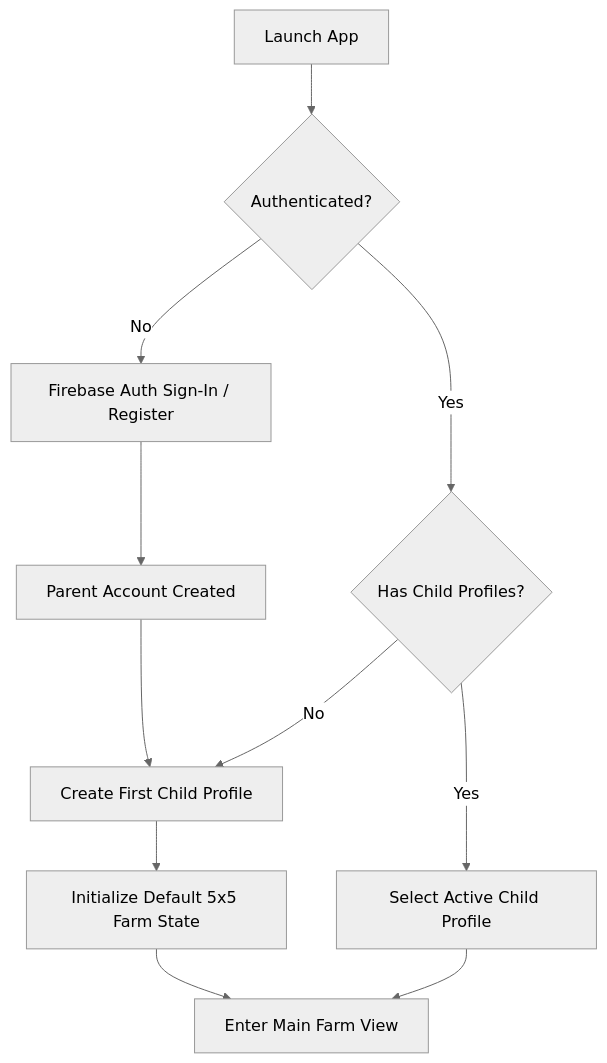
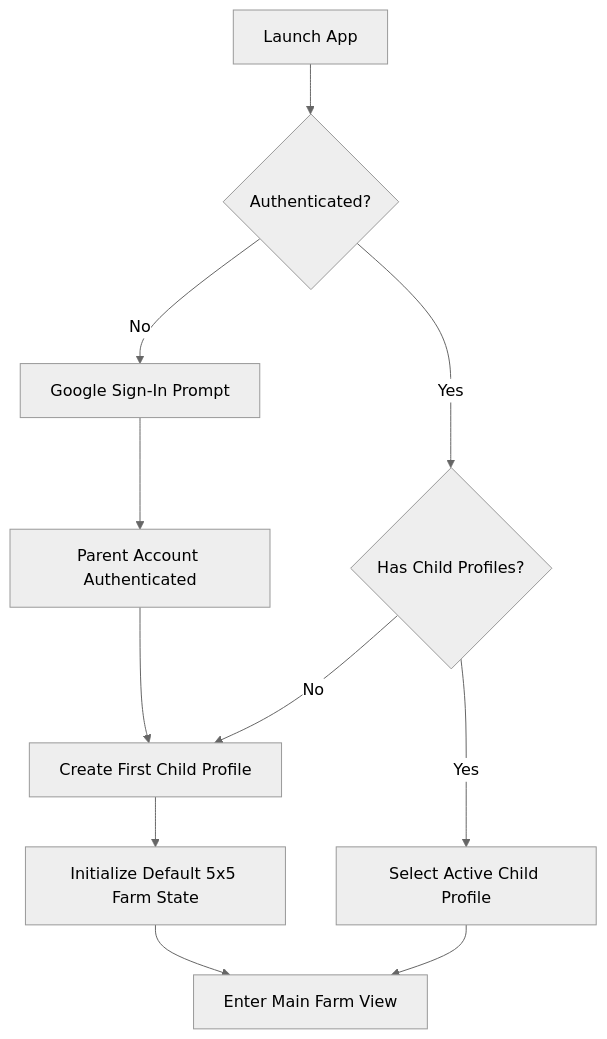
The first of 4 diagrams in ux/user-flows.md (rochebit/farmspell-spec), drawn with Mermaid (neutral theme) before and after one commit. The commit also changed other lines of this file and 1 other file, not shown here.

Commit message:
docs: specify Google Sign-In as exclusive authentication provider

````diff
--- a/ux/user-flows.md
+++ b/ux/user-flows.md
@@ -10,13 +10,13 @@
 ```mermaid
 flowchart TD
     A[Launch App] --> B{Authenticated?}
-    B -- No --> C[Firebase Auth Sign-In / Register]
-    C --> D[Parent Account Created]
+    B -- No --> C[Google Sign-In Prompt]
+    C --> D[Parent Account Authenticated]
     B -- Yes --> E{Has Child Profiles?}
     D --> F[Create First Child Profile]
     E -- No --> F
     E -- Yes --> G[Select Active Child Profile]
     F --> H[Initialize Default 5x5 Farm State]
     H --> I[Enter Main Farm View]
     G --> I
 ```
````
